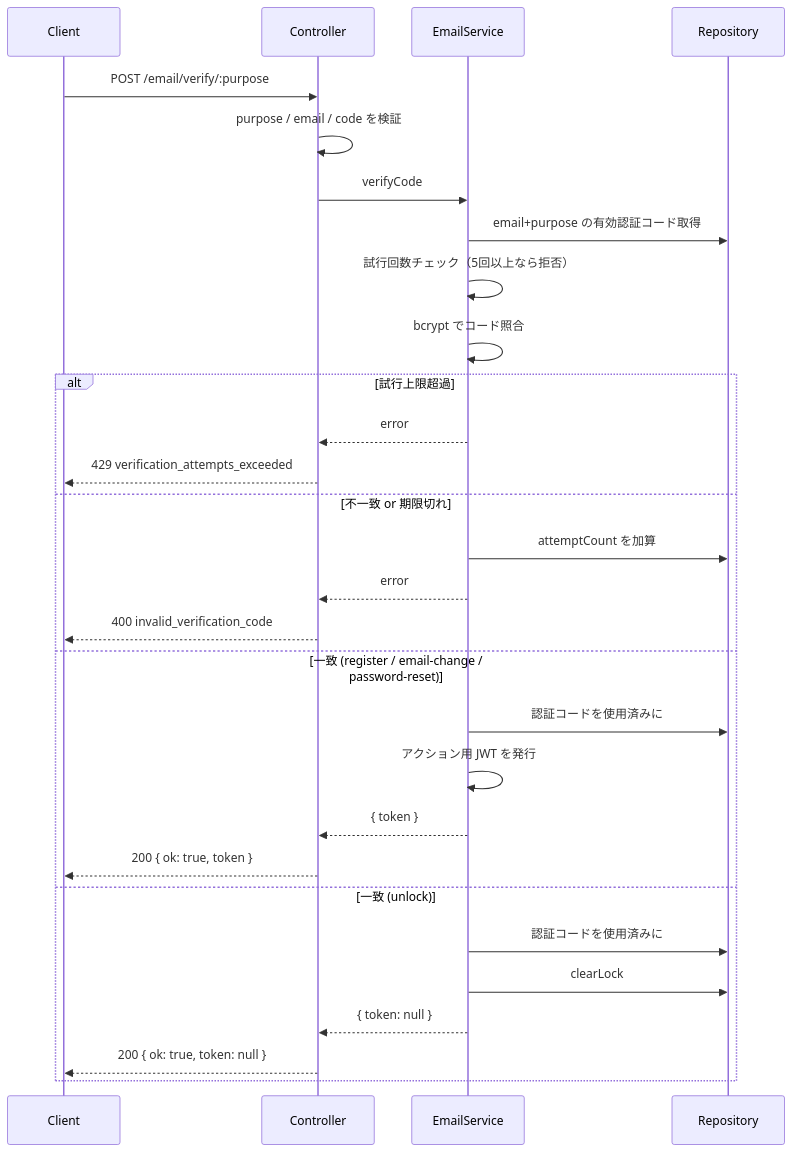
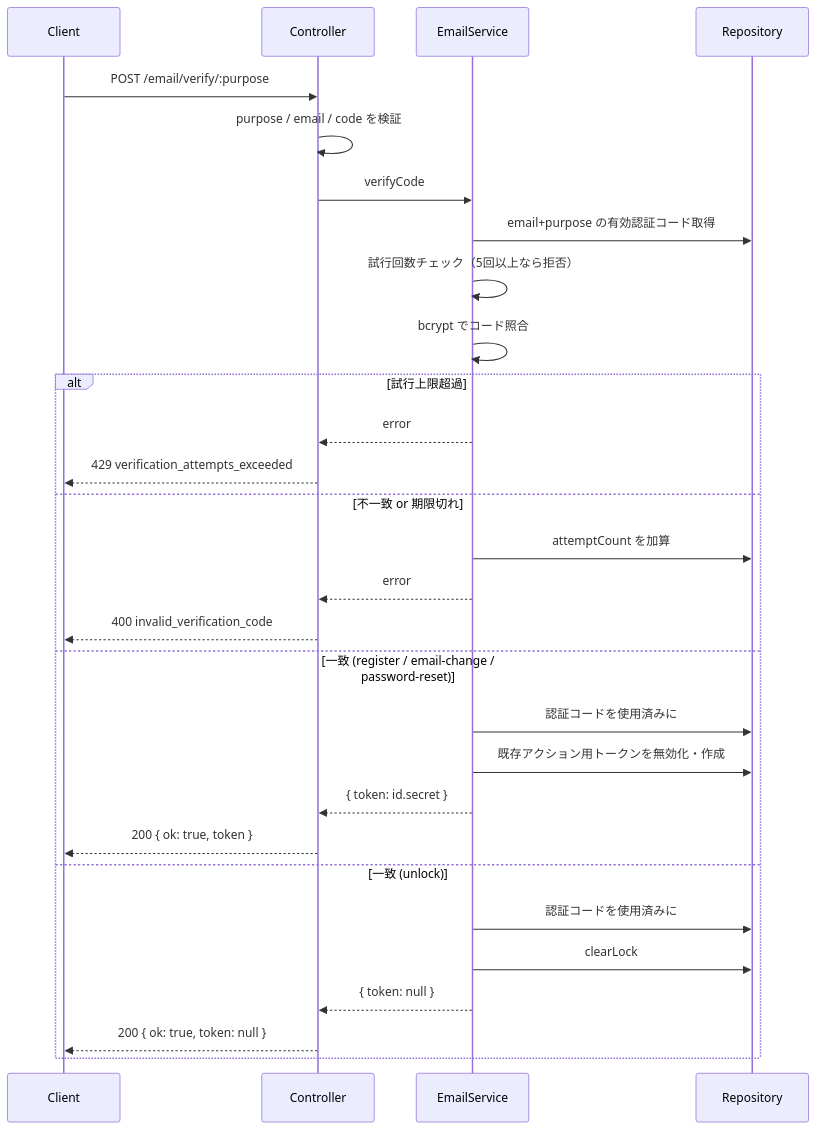
One commit to ukyo1114/waka-script changed the second of 2 diagrams in packages/backend/docs/email.md. Above: the diagram before and after it, drawn with Mermaid. The commit also changed other lines of this file and 18 other files, not shown here.

````diff
--- a/packages/backend/docs/email.md
+++ b/packages/backend/docs/email.md
@@ -100,32 +100,32 @@
 ```mermaid
 sequenceDiagram
   participant C as Client
   participant Ctrl as Controller
   participant Svc as EmailService
   participant Repo as Repository
 
   C->>Ctrl: POST /email/verify/:purpose
   Ctrl->>Ctrl: purpose / email / code を検証
   Ctrl->>Svc: verifyCode
   Svc->>Repo: email+purpose の有効認証コード取得
   Svc->>Svc: 試行回数チェック（5回以上なら拒否）
   Svc->>Svc: bcrypt でコード照合
   alt 試行上限超過
     Svc-->>Ctrl: error
     Ctrl-->>C: 429 verification_attempts_exceeded
   else 不一致 or 期限切れ
     Svc->>Repo: attemptCount を加算
     Svc-->>Ctrl: error
     Ctrl-->>C: 400 invalid_verification_code
   else 一致 (register / email-change / password-reset)
     Svc->>Repo: 認証コードを使用済みに
-    Svc->>Svc: アクション用 JWT を発行
-    Svc-->>Ctrl: { token }
+    Svc->>Repo: 既存アクション用トークンを無効化・作成
+    Svc-->>Ctrl: { token: id.secret }
     Ctrl-->>C: 200 { ok: true, token }
   else 一致 (unlock)
     Svc->>Repo: 認証コードを使用済みに
     Svc->>Repo: clearLock
     Svc-->>Ctrl: { token: null }
     Ctrl-->>C: 200 { ok: true, token: null }
   end
 ```
````
